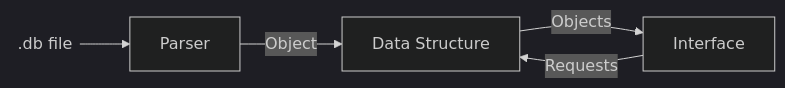
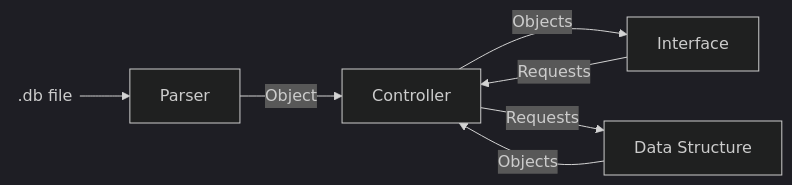
Before and after one commit to rijegaro287/kv-cli: the second of 2 diagrams in plan.md, drawn with Mermaid (dark theme). The commit also changed other lines of this file and 11 other files, not shown here.

````diff
--- a/plan.md
+++ b/plan.md
@@ -53,9 +58,11 @@
 ```mermaid --mermaid-flowchart-curve: basis
 flowchart LR
   t1[.db file]
   t1@{ shape: text }
   t1 --> B[Parser]
-  B --> |Object| C[Data Structure]
+  B --> |Object| C[Controller]
   D[Interface] --> |Requests|C
   C --> |Objects|D
+  E[Data Structure] --> |Objects|C
+  C --> |Requests|E
 ```
````
